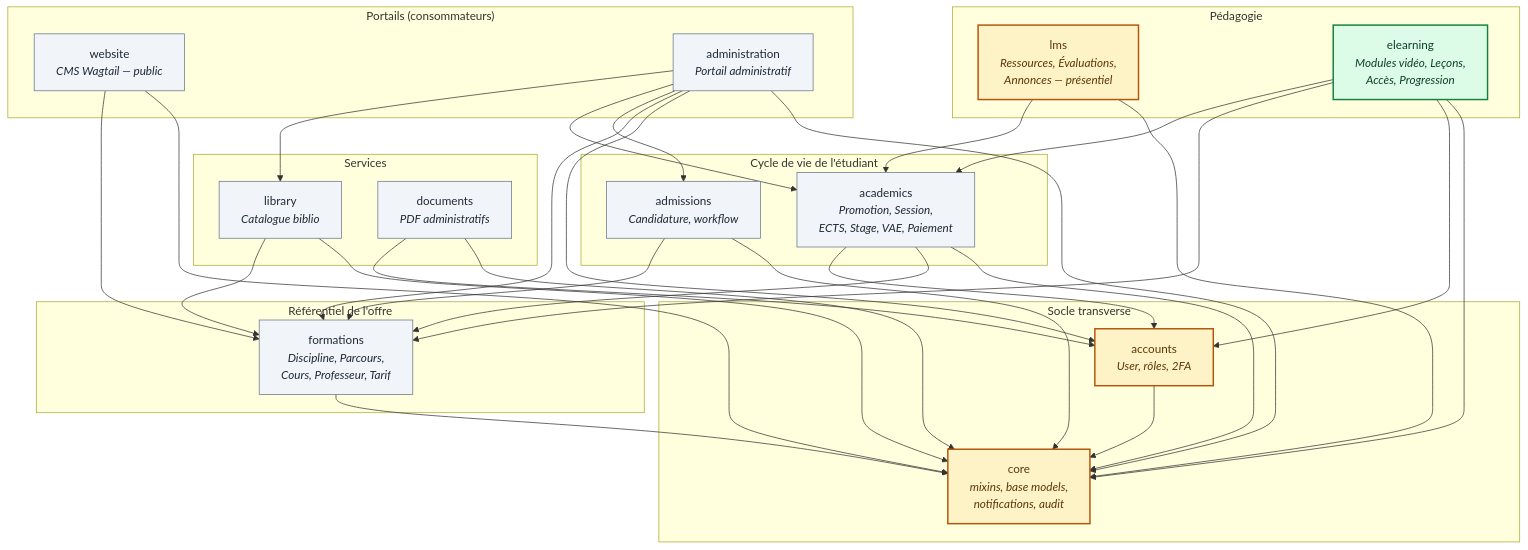
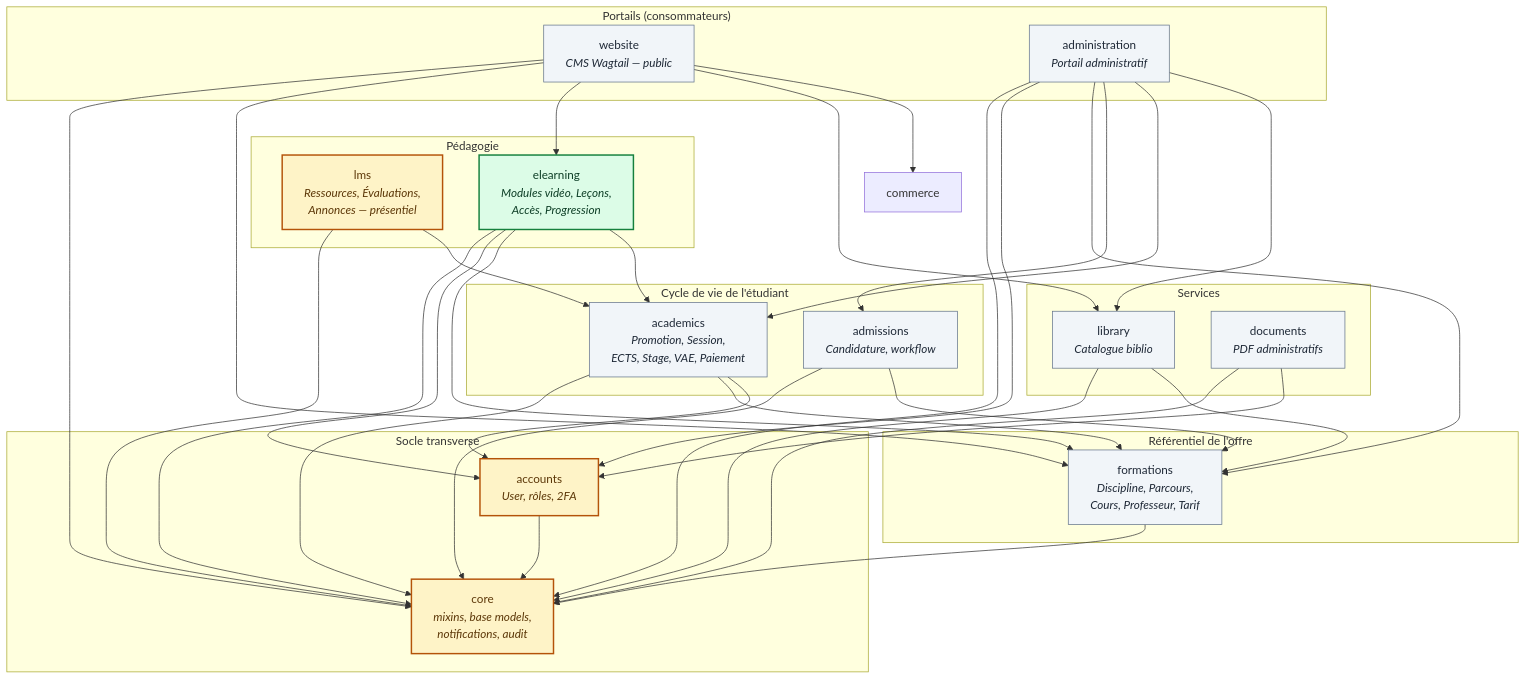
The second of 23 diagrams in docs/architecture/uml.md (beaudelaire1/iteag), drawn with Mermaid before and after one commit. The commit also changed 4 other files, not shown here.

First line of the commit message:
refactor(website): sortir le plan du site de « core »

````diff
--- a/docs/architecture/uml.md
+++ b/docs/architecture/uml.md
@@ -145,49 +145,49 @@
 ```mermaid
 graph TB
     subgraph SOCLE["Socle transverse"]
         core["core<br/><i>mixins, base models,<br/>notifications, audit</i>"]
         accounts["accounts<br/><i>User, rôles, 2FA</i>"]
     end
 
     subgraph REFERENTIEL["Référentiel de l'offre"]
         formations["formations<br/><i>Discipline, Parcours,<br/>Cours, Professeur, Tarif</i>"]
     end
 
     subgraph PARCOURS_ETU["Cycle de vie de l'étudiant"]
         admissions["admissions<br/><i>Candidature, workflow</i>"]
         academics["academics<br/><i>Promotion, Session,<br/>ECTS, Stage, VAE, Paiement</i>"]
     end
 
     subgraph PEDAGOGIE["Pédagogie"]
         lms["lms<br/><i>Ressources, Évaluations,<br/>Annonces — présentiel</i>"]
         elearning["elearning<br/><i>Modules vidéo, Leçons,<br/>Accès, Progression</i>"]
     end
 
     subgraph SERVICES["Services"]
         library["library<br/><i>Catalogue biblio</i>"]
         documents["documents<br/><i>PDF administratifs</i>"]
     end
 
     subgraph PORTAILS["Portails (consommateurs)"]
         website["website<br/><i>CMS Wagtail — public</i>"]
         administration["administration<br/><i>Portail administratif</i>"]
     end
 
     accounts --> core
     formations --> core
     admissions --> core & formations
     academics --> core & formations & accounts
     lms --> core & academics
     elearning --> core & accounts & formations & academics
     library --> core & formations
     documents --> core & accounts
-    website --> core & formations
+    website --> core & formations & elearning & library & commerce
     administration --> core & accounts & formations & admissions & academics & library
 
     classDef nouveau fill:#DCFCE7,stroke:#15803D,stroke-width:2px,color:#0E3F27
     classDef etendre fill:#FEF3C7,stroke:#B45309,stroke-width:2px,color:#5C3708
     classDef existant fill:#F1F5F9,stroke:#64748B,color:#1F2937
     class elearning nouveau
     class core,accounts,lms etendre
     class formations,admissions,academics,library,documents,website,administration existant
 ```
````
